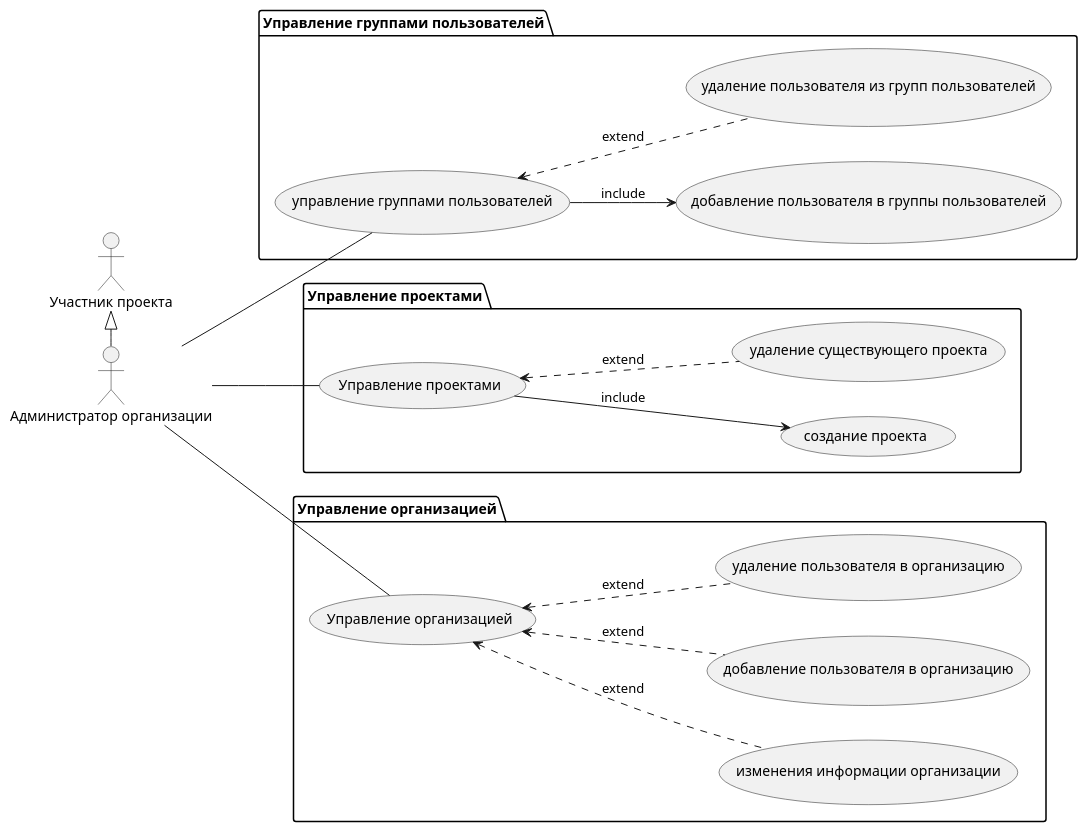
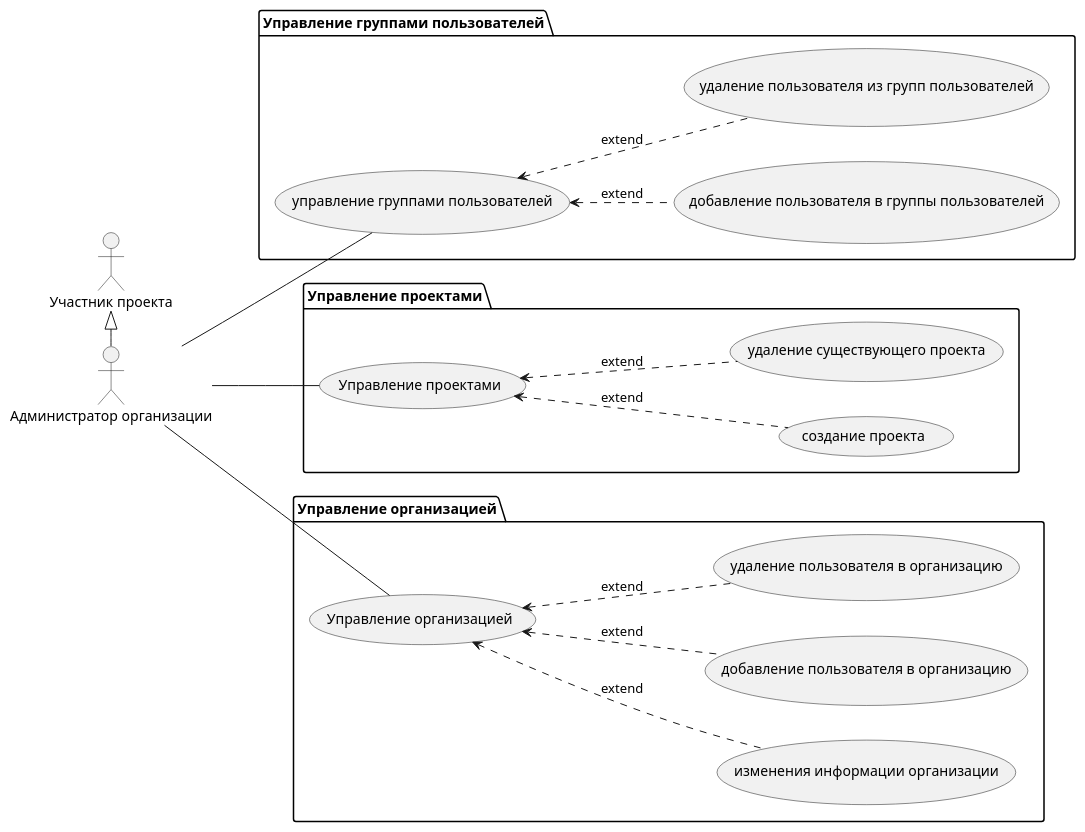
The diagram in doc/diagrams/use case/organization admin use case.puml (HandsAndKeyboards/TFlic), drawn with PlantUML before and after one commit. The commit also changed 2 other files, not shown here.

Commit message:
заменил include на extend

```diff
--- a/doc/diagrams/use case/organization admin use case.puml
+++ b/doc/diagrams/use case/organization admin use case.puml
@@ -1,35 +1,35 @@
 @startuml
 'https://plantuml.com/use-case-diagram
 
 left to right direction
 
 '''''''''''''''''''''''''''''''''''''''''''''''''''''''''''''''''''' АДМИНИСТРАТОР ОРГАНИЗАЦИИ
 
 :Администратор организации: as organizationAdmin
 organizationAdmin -left-|> :Участник проекта:
 
 package "Управление группами пользователей" {
     (управление группами пользователей) as userGroupManaging
     organizationAdmin -- userGroupManaging
     
-    userGroupManaging --> (добавление пользователя в группы пользователей) : include
+    userGroupManaging <.. (добавление пользователя в группы пользователей) : extend
     userGroupManaging <.. (удаление пользователя из групп пользователей) : extend   
 }
 
 package "Управление проектами" {
     (Управление проектами) as projectsManaging
     organizationAdmin -- projectsManaging
     
-    projectsManaging --> (создание проекта) : include
+    projectsManaging <.. (создание проекта) : extend
     projectsManaging <.. (удаление существующего проекта) : extend   
 }
 
 package "Управление организацией" {
     (Управление организацией) as orgManaging
     organizationAdmin -- orgManaging
     
     orgManaging <.. (изменения информации организации) : extend
     orgManaging <.. (добавление пользователя в организацию) : extend   
     orgManaging <.. (удаление пользователя в организацию) : extend   
 }
 @enduml
```
